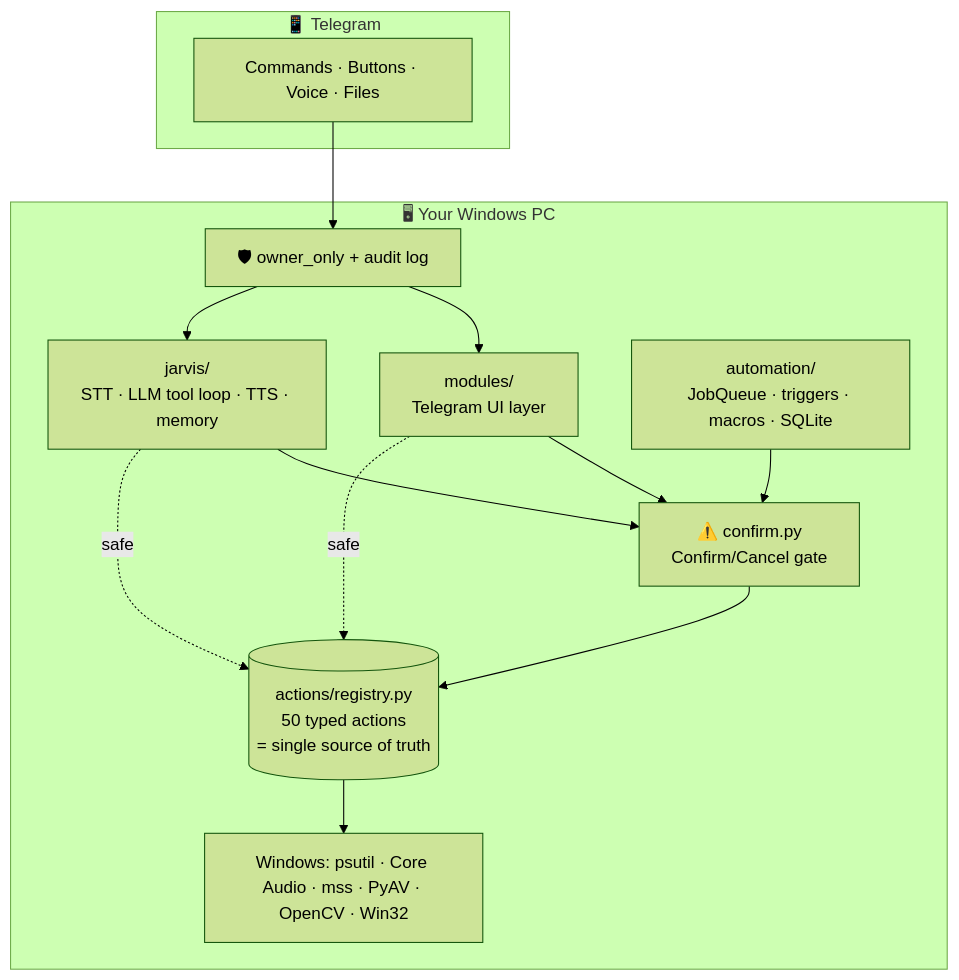
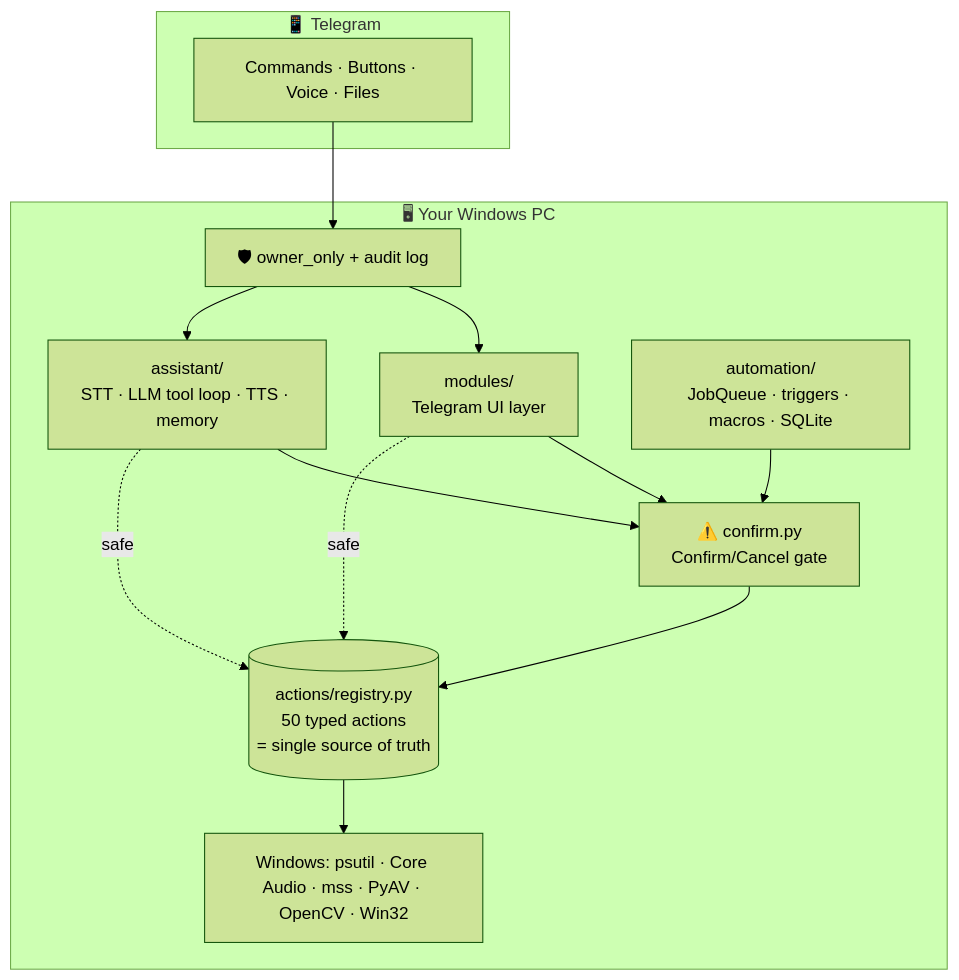
One commit to Arnab-apk/edith changed the second of 2 diagrams in README.md. Above: the diagram before and after it, drawn with Mermaid (forest theme). The commit also changed other lines of this file and 19 other files, not shown here.

First line of the commit message:
Guardrails that only tighten; rename jarvis -> assistant for clarity

````diff
--- a/README.md
+++ b/README.md
@@ -280,22 +283,22 @@
 ```mermaid
 flowchart TB
     subgraph Phone["📱 Telegram"]
         U["Commands · Buttons · Voice · Files"]
     end
     subgraph PC["🖥 Your Windows PC"]
         SEC["🛡 owner_only + audit log"]
         MOD["modules/<br/>Telegram UI layer"]
-        AI["jarvis/<br/>STT · LLM tool loop · TTS · memory"]
+        AI["assistant/<br/>STT · LLM tool loop · TTS · memory"]
         AUTO["automation/<br/>JobQueue · triggers · macros · SQLite"]
         CONF["⚠️ confirm.py<br/>Confirm/Cancel gate"]
         REG[("actions/registry.py<br/>50 typed actions<br/>= single source of truth")]
         OS["Windows: psutil · Core Audio · mss · PyAV · OpenCV · Win32"]
     end
     U --> SEC --> MOD & AI
     MOD --> CONF
     AI --> CONF
     AUTO --> CONF
     CONF --> REG --> OS
     MOD -. safe .-> REG
     AI -. safe .-> REG
 ```
````
